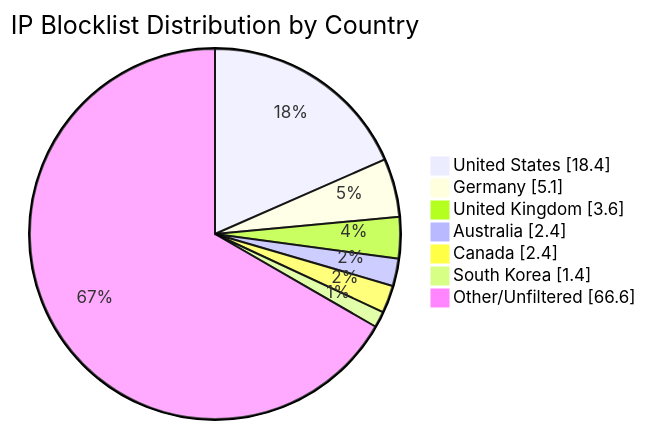
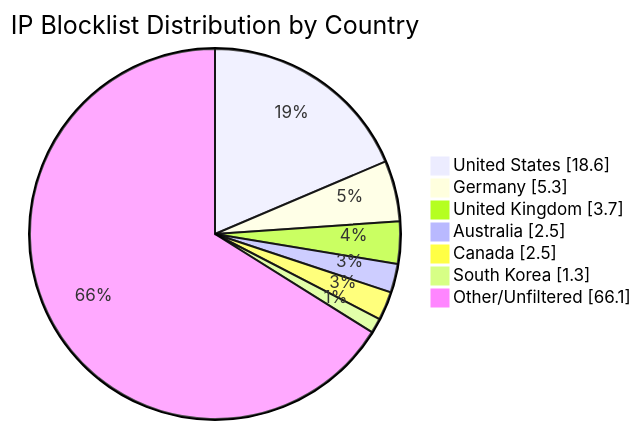
Before and after one commit to MarcusHoltz/ipblocklist-geofiltered-aggregator: the diagram in README.md, drawn with Mermaid. The commit also changed other lines of this file and 9 other files, not shown here.

````diff
--- a/README.md
+++ b/README.md
@@ -34,10 +34,10 @@
 ```mermaid
 pie showData title IP Blocklist Distribution by Country
-"United States" : 18.4
-"Germany" : 5.1
-"United Kingdom" : 3.6
-"Australia" : 2.4
-"Canada" : 2.4
-"South Korea" : 1.4
-"Other/Unfiltered" : 66.6
+"United States" : 18.6
+"Germany" : 5.3
+"United Kingdom" : 3.7
+"Australia" : 2.5
+"Canada" : 2.5
+"South Korea" : 1.3
+"Other/Unfiltered" : 66.1
 ```
````
